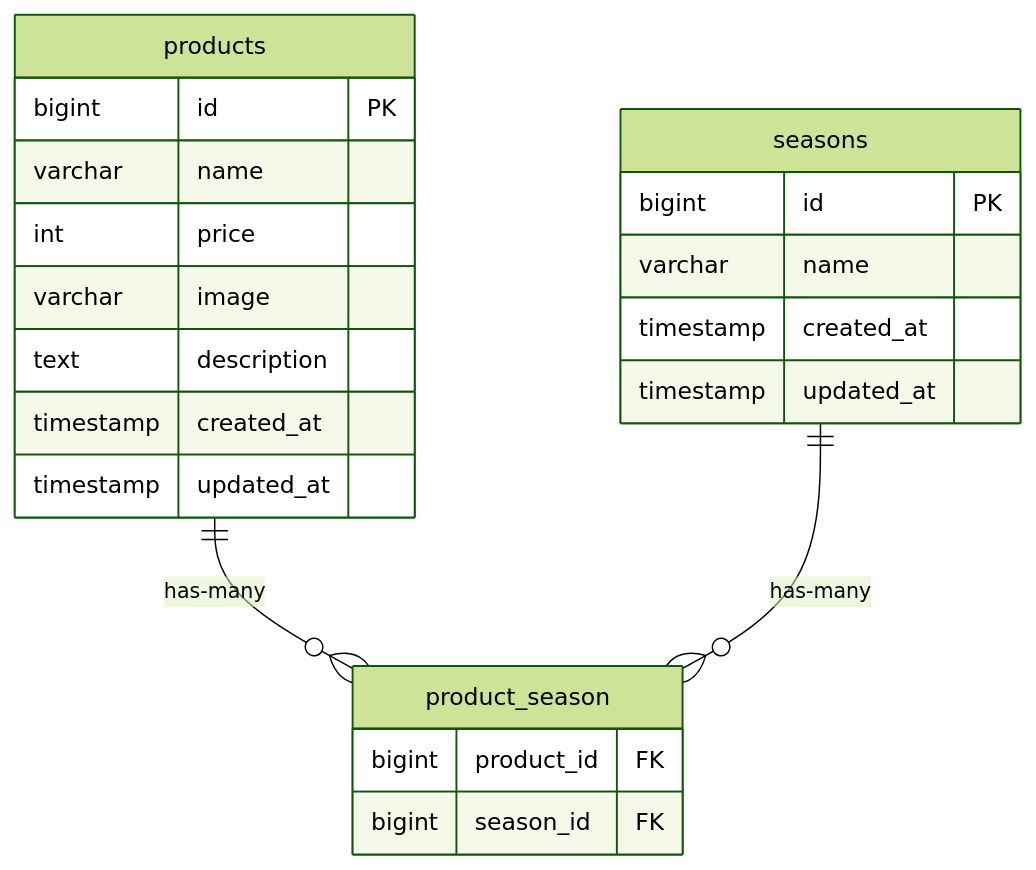
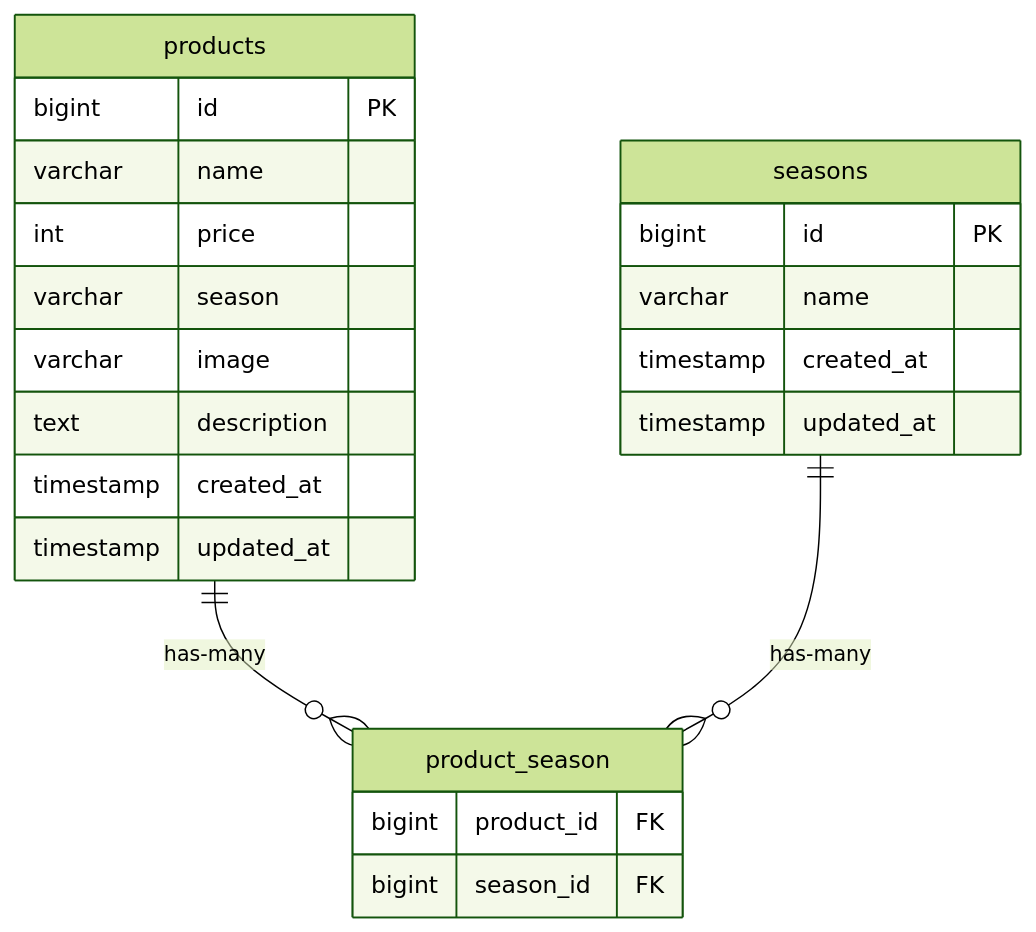
Before and after one commit to hayama1225/mogitate: the diagram in README.md, drawn with Mermaid (forest theme). The commit also changed other lines of this file and 40 other files, not shown here.

````diff
--- a/README.md
+++ b/README.md
@@ -49,27 +66,28 @@
 ```mermaid
 erDiagram
   products {
     bigint id PK
     varchar name
     int price
+    varchar season
     varchar image
     text description
     timestamp created_at
     timestamp updated_at
   }
 
   seasons {
     bigint id PK
     varchar name
     timestamp created_at
     timestamp updated_at
   }
 
   product_season {
     bigint product_id FK
     bigint season_id  FK
   }
 
   products ||--o{ product_season : has-many
   seasons  ||--o{ product_season : has-many
 ```
````
